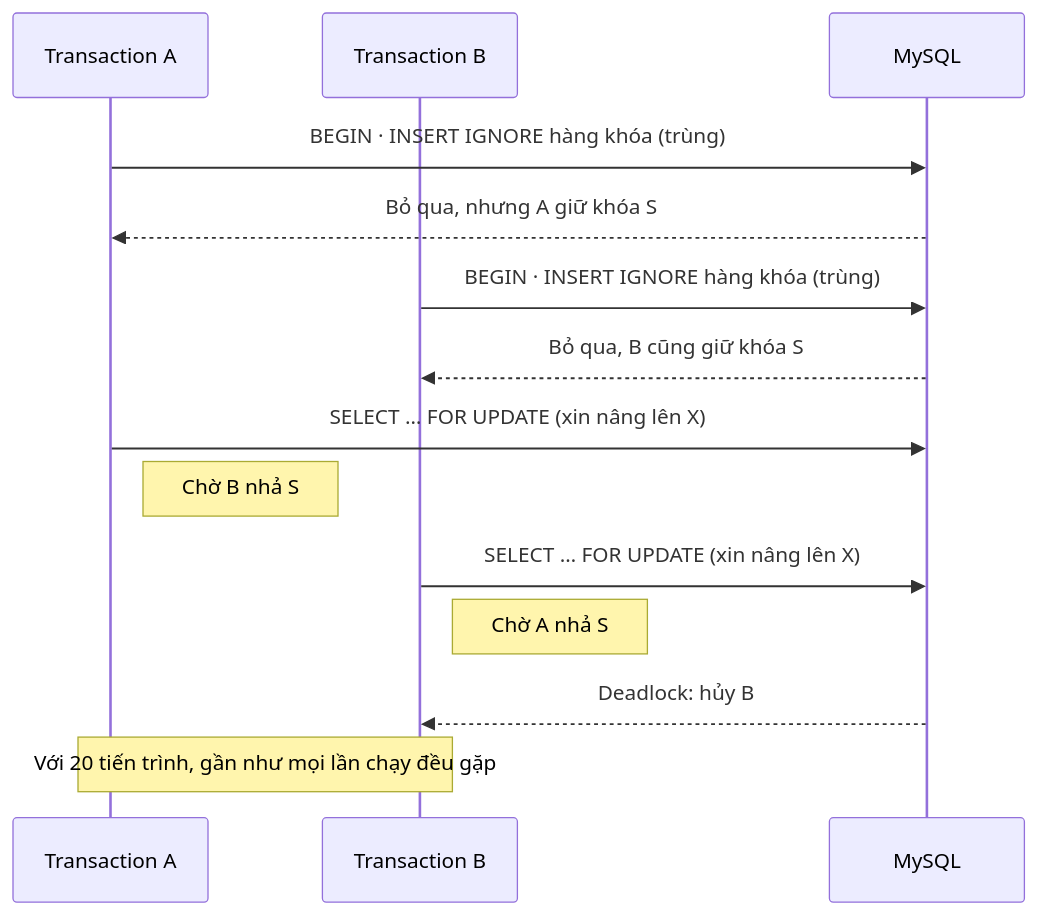
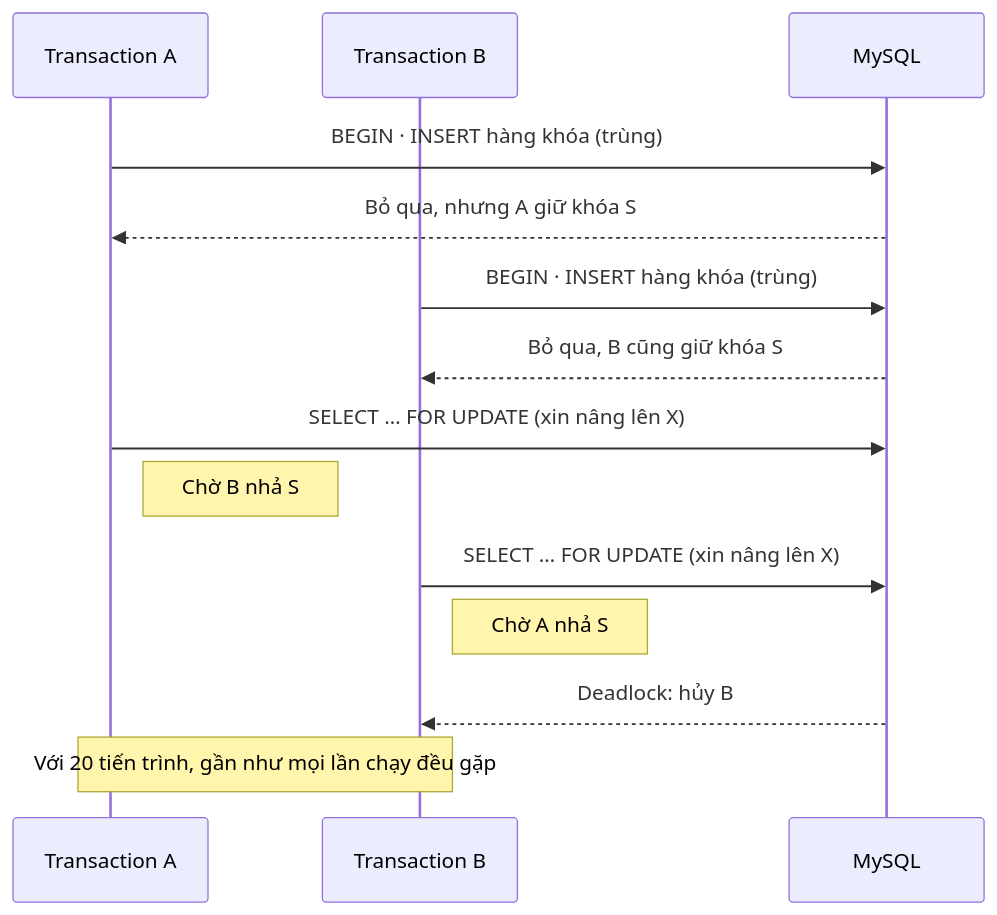
One commit to trancn-dev/pet-spa-booking-saas changed the second of 4 diagrams in docs/design/so-do-dat-lich.md. Above: the diagram before and after it, drawn with Mermaid. The commit also changed other lines of this file and 23 other files, not shown here.

````diff
--- a/docs/design/so-do-dat-lich.md
+++ b/docs/design/so-do-dat-lich.md
@@ -68,16 +67,16 @@
 ```mermaid
 sequenceDiagram
   participant A as Transaction A
   participant B as Transaction B
   participant DB as MySQL
-  A->>DB: BEGIN · INSERT IGNORE hàng khóa (trùng)
+  A->>DB: BEGIN · INSERT hàng khóa (trùng)
   DB-->>A: Bỏ qua, nhưng A giữ khóa S
-  B->>DB: BEGIN · INSERT IGNORE hàng khóa (trùng)
+  B->>DB: BEGIN · INSERT hàng khóa (trùng)
   DB-->>B: Bỏ qua, B cũng giữ khóa S
   A->>DB: SELECT … FOR UPDATE (xin nâng lên X)
   Note right of A: Chờ B nhả S
   B->>DB: SELECT … FOR UPDATE (xin nâng lên X)
   Note right of B: Chờ A nhả S
   DB-->>B: Deadlock: hủy B
   Note over A,B: Với 20 tiến trình, gần như mọi lần chạy đều gặp
 ```
````
